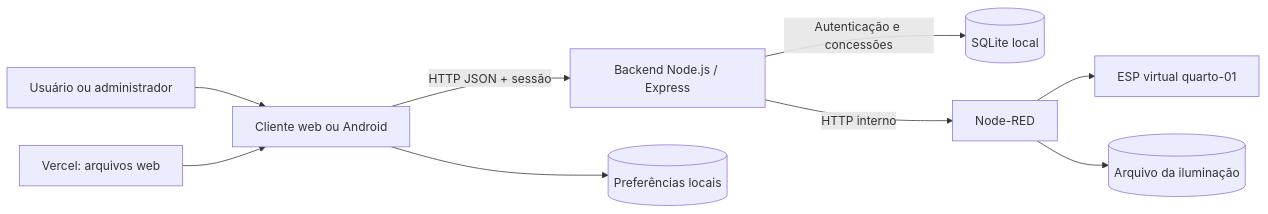
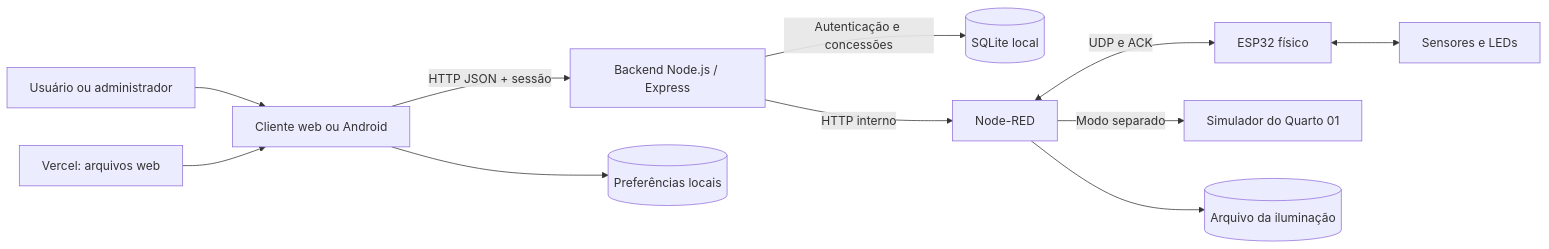
The first of 2 diagrams in docs/arquitetura.md (Cesarcfw/tcc-maquete-app), drawn with Mermaid before and after one commit. The commit also changed other lines of this file and 42 other files, not shown here.

````diff
--- a/docs/arquitetura.md
+++ b/docs/arquitetura.md
@@ -24,11 +24,13 @@
 ```mermaid
 flowchart LR
   U[Usuário ou administrador] --> C[Cliente web ou Android]
   C -->|HTTP JSON + sessão| B[Backend Node.js / Express]
   B -->|Autenticação e concessões| DB[(SQLite local)]
   B -->|HTTP interno| N[Node-RED]
-  N --> V[ESP virtual quarto-01]
+  N <-->|UDP e ACK| E[ESP32 físico]
+  E <--> H[Sensores e LEDs]
+  N -->|Modo separado| V[Simulador do Quarto 01]
   N --> F[(Arquivo da iluminação)]
   C --> P[(Preferências locais)]
   W[Vercel: arquivos web] --> C
 ```
````
